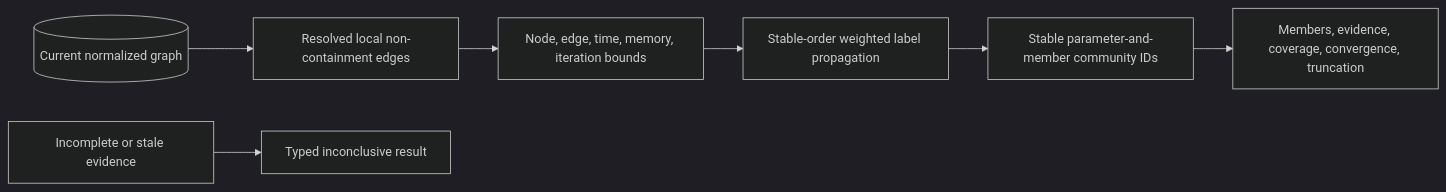
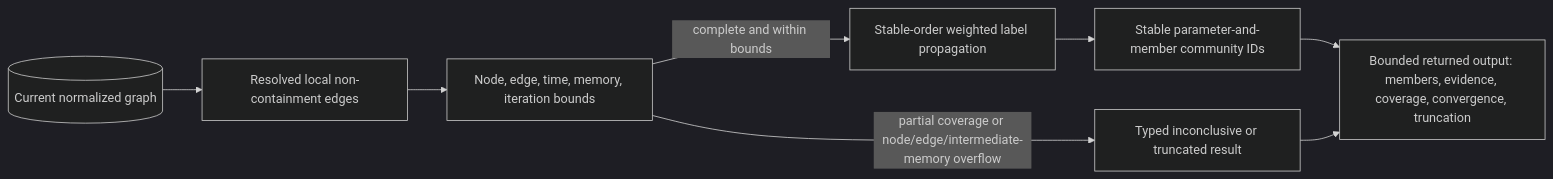
One commit to styler-ai/ProjectAtlas changed the ninth of 25 diagrams in docs/v050-release-architecture.md. Above: the diagram before and after it, drawn with Mermaid (dark theme). The commit also changed 5 other files, not shown here.

First line of the commit message:
feat(analysis): add deterministic architecture communities (#464)

````diff
--- a/docs/v050-release-architecture.md
+++ b/docs/v050-release-architecture.md
@@ -128,9 +128,10 @@
 ```mermaid
 flowchart LR
     normalized_graph[(Current normalized graph)] --> admit[Resolved local non-containment edges]
     admit --> bound[Node, edge, time, memory, iteration bounds]
-    bound --> labels[Stable-order weighted label propagation]
+    bound -->|complete and within bounds| labels[Stable-order weighted label propagation]
+    bound -->|partial coverage or node/edge/intermediate-memory overflow| uncertain[Typed inconclusive or truncated result]
     labels --> ids[Stable parameter-and-member community IDs]
-    ids --> result[Members, evidence, coverage, convergence, truncation]
-    gap[Incomplete or stale evidence] --> unresolved[Typed inconclusive result]
+    ids --> result[Bounded returned output: members, evidence, coverage, convergence, truncation]
+    uncertain --> result
 ```
````
